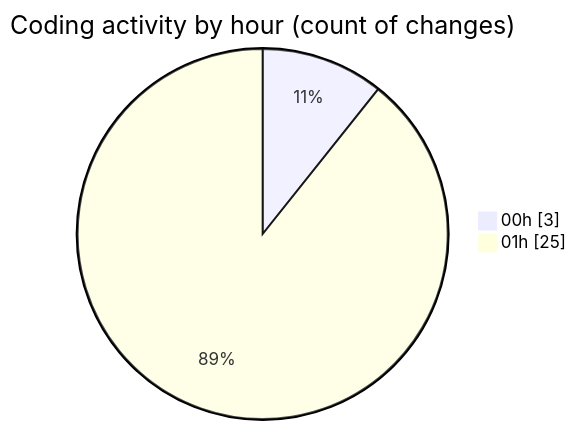
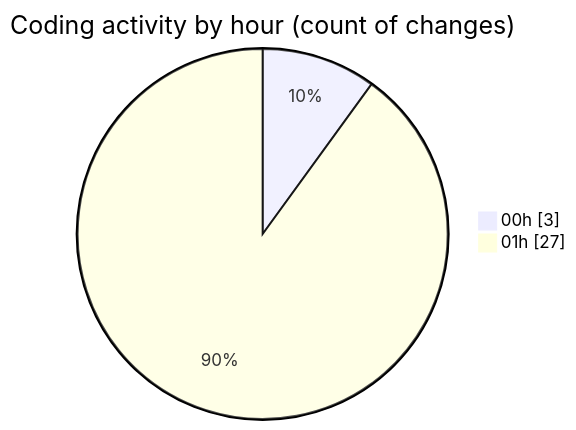
Before and after one commit to lephambinh05/code-tracking: the second of 2 diagrams in 2025-09-05/hiai-phf/README.md, drawn with Mermaid. The commit also changed other lines of this file and 1 other file, not shown here.

````diff
--- a/2025-09-05/hiai-phf/README.md
+++ b/2025-09-05/hiai-phf/README.md
@@ -39,6 +40,6 @@
 ```mermaid
 pie showData
 title Coding activity by hour (count of changes)
 "00h" : 3
-"01h" : 25
+"01h" : 27
 ```
````
